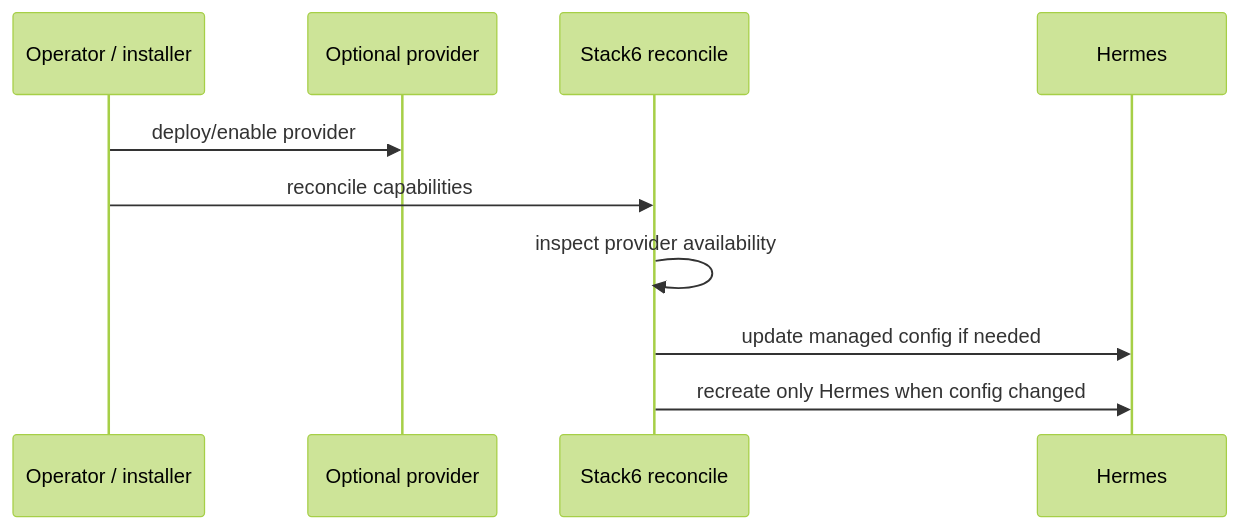
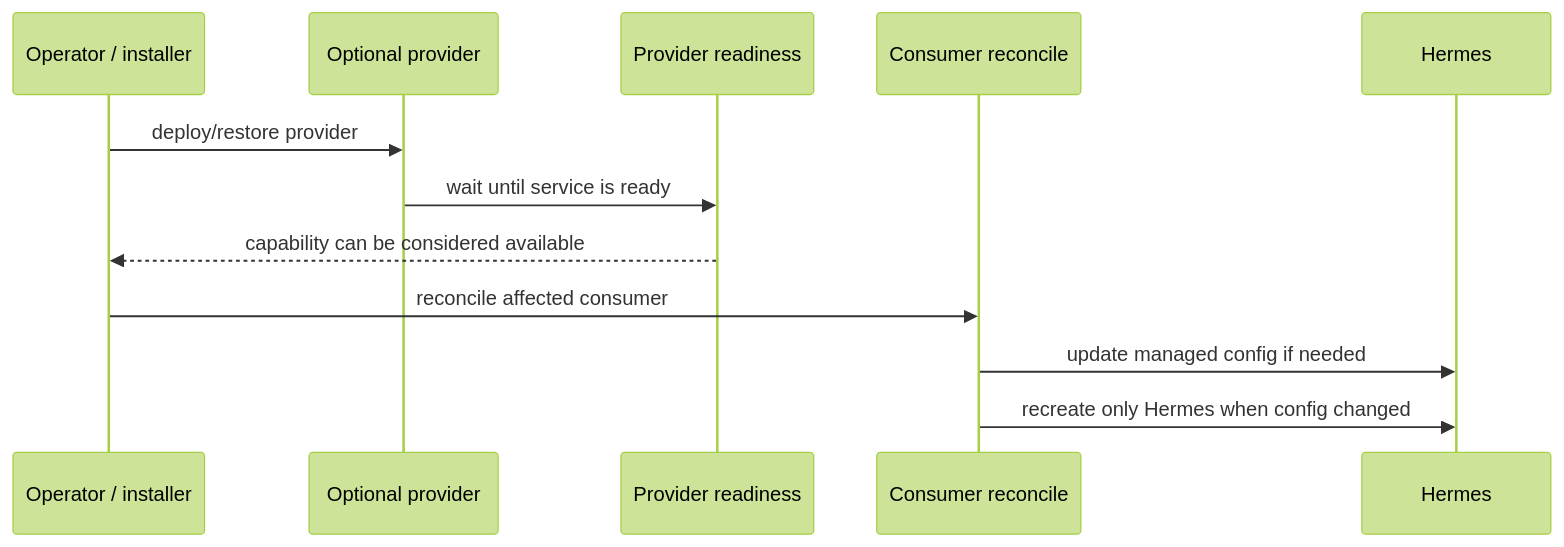
The fifth of 6 diagrams in README.md (ea1het/local_hybrid_ai), drawn with Mermaid (forest theme) before and after one commit. The commit also changed other lines of this file, not shown here.

Commit message:
docs: close installer v1 and document readiness model

````diff
--- a/README.md
+++ b/README.md
@@ -137,12 +169,14 @@
 ```mermaid
 sequenceDiagram
     participant O as Operator / installer
     participant P as Optional provider
-    participant R as Stack6 reconcile
+    participant W as Provider readiness
+    participant R as Consumer reconcile
     participant H as Hermes
-    O->>P: deploy/enable provider
-    O->>R: reconcile capabilities
-    R->>R: inspect provider availability
+    O->>P: deploy/restore provider
+    P->>W: wait until service is ready
+    W-->>O: capability can be considered available
+    O->>R: reconcile affected consumer
     R->>H: update managed config if needed
     R->>H: recreate only Hermes when config changed
 ```
````
